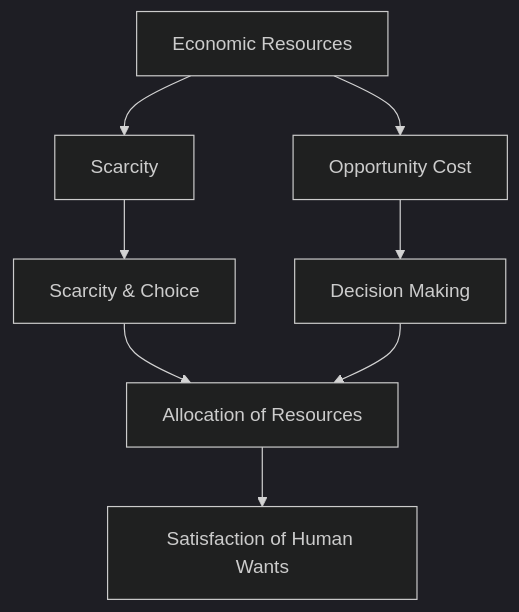
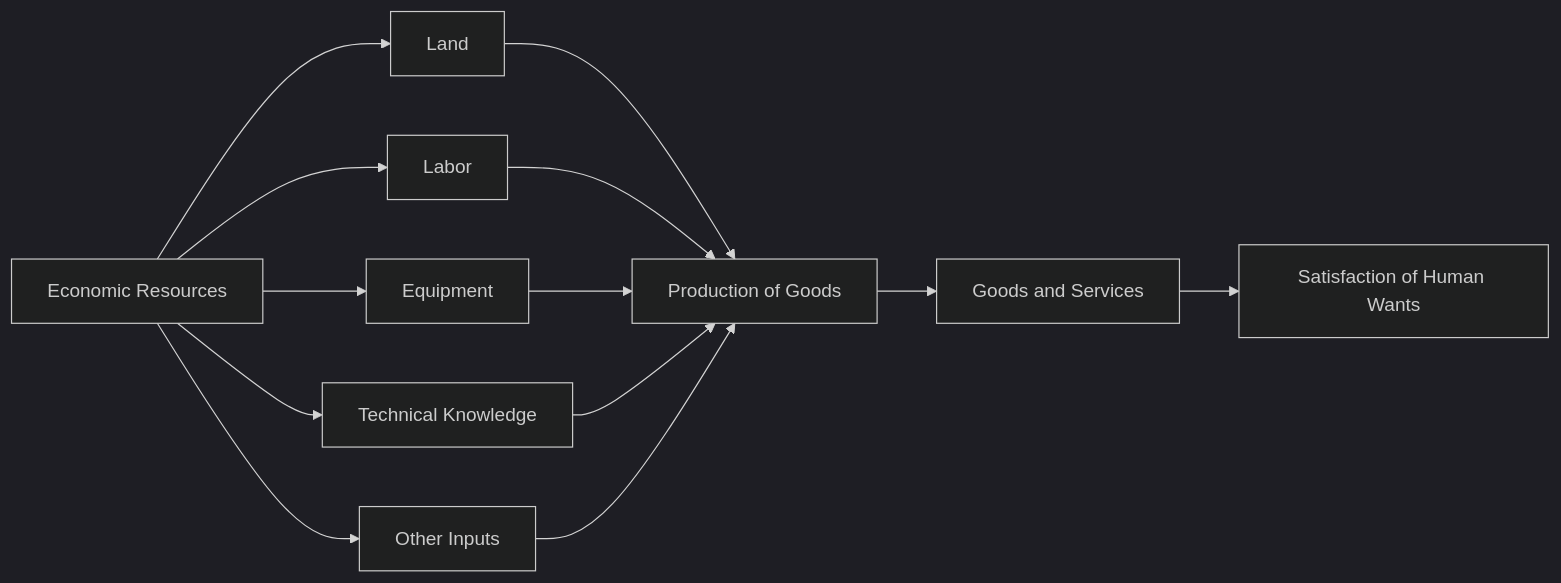
Before and after one commit to DagimAlemayehuu/Ater: the diagram in Obsidian_Vault/2-Academic/Winter 2026/Economics/1_Basics_Of_Economics/Economic_Resources.md, drawn with Mermaid (dark theme). The commit also changed other lines of this file and 71 other files, not shown here.

````diff
--- a/Obsidian_Vault/2-Academic/Winter 2026/Economics/1_Basics_Of_Economics/Economic_Resources.md
+++ b/Obsidian_Vault/2-Academic/Winter 2026/Economics/1_Basics_Of_Economics/Economic_Resources.md
@@ -55,12 +44,17 @@
 ```mermaid
 
-graph TD
-    A[Economic Resources] --> B[Scarcity]
-    A --> C[Opportunity Cost]
-    B --> D[Scarcity & Choice]
-    C --> E[Decision Making]
-    D --> F[Allocation of Resources]
-    E --> F
-    F --> G[Satisfaction of Human Wants]
+graph LR
+    A[Economic Resources] --> B[Land]
+    A --> C[Labor]
+    A --> D[Equipment]
+    A --> E[Technical Knowledge]
+    A --> F[Other Inputs]
+    B --> G[Production of Goods]
+    C --> G
+    D --> G
+    E --> G
+    F --> G
+    G --> H[Goods and Services]
+    H --> I[Satisfaction of Human Wants]
 
 ```
````
